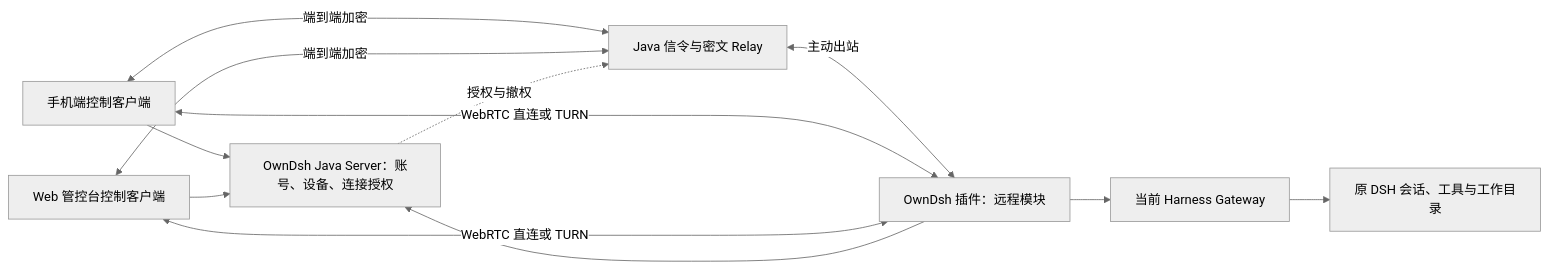
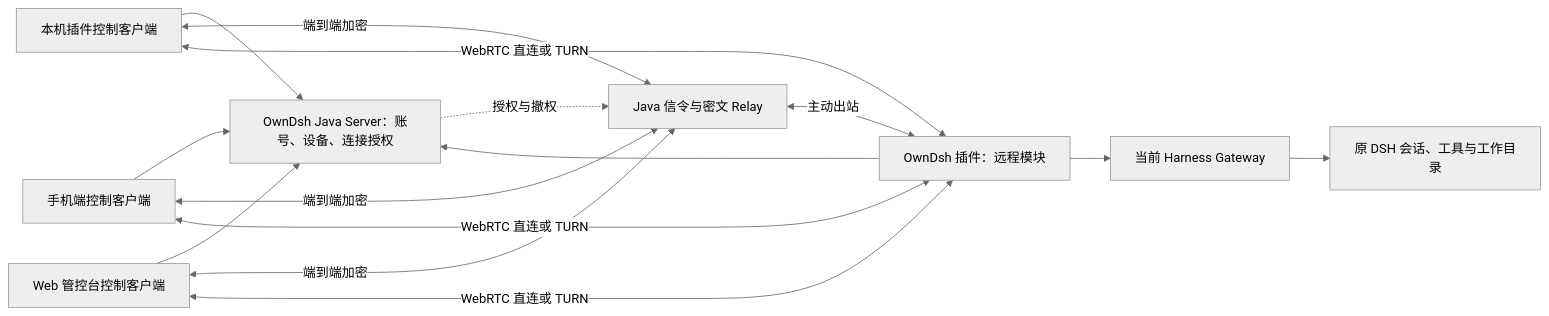
Before and after one commit to boe1900/owndsh: the diagram in docs/remote-access-design.md, drawn with Mermaid (neutral theme). The commit also changed other lines of this file and 67 other files, not shown here.

````diff
--- a/docs/remote-access-design.md
+++ b/docs/remote-access-design.md
@@ -28,14 +30,17 @@
 ```mermaid
 flowchart LR
-    Mobile[手机端控制客户端] --> Own[OwnDsh Java Server：账号、设备、连接授权]
+    Local[本机插件控制客户端] --> Own[OwnDsh Java Server：账号、设备、连接授权]
+    Mobile[手机端控制客户端] --> Own
     Console[Web 管控台控制客户端] --> Own
-    Mobile <-- 端到端加密 --> Relay[Java 信令与密文 Relay]
+    Local <-- 端到端加密 --> Relay[Java 信令与密文 Relay]
+    Mobile <-- 端到端加密 --> Relay
     Console <-- 端到端加密 --> Relay
     Relay <-- 主动出站 --> Host[OwnDsh 插件：远程模块]
+    Local <-- WebRTC 直连或 TURN --> Host
     Mobile <-- WebRTC 直连或 TURN --> Host
     Console <-- WebRTC 直连或 TURN --> Host
     Host --> Gateway[当前 Harness Gateway]
     Gateway --> DSH[原 DSH 会话、工具与工作目录]
     Host --> Own
     Own -. 授权与撤权 .-> Relay
 ```
````
